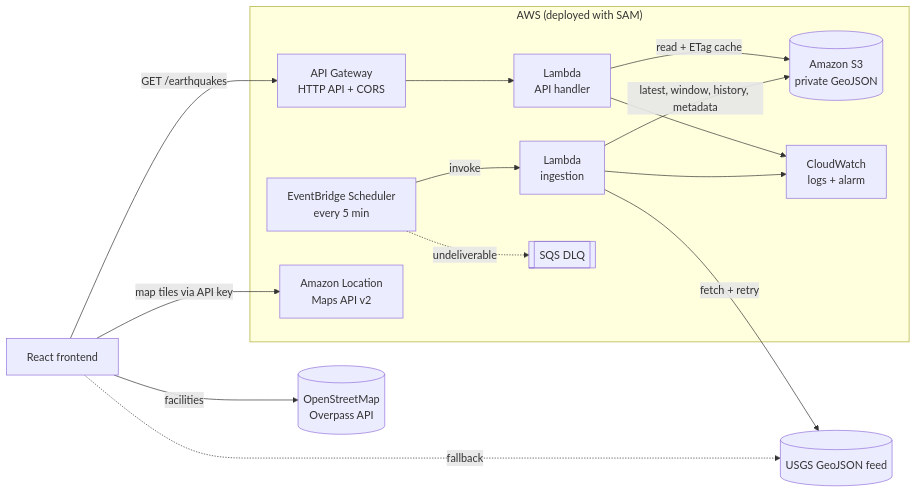
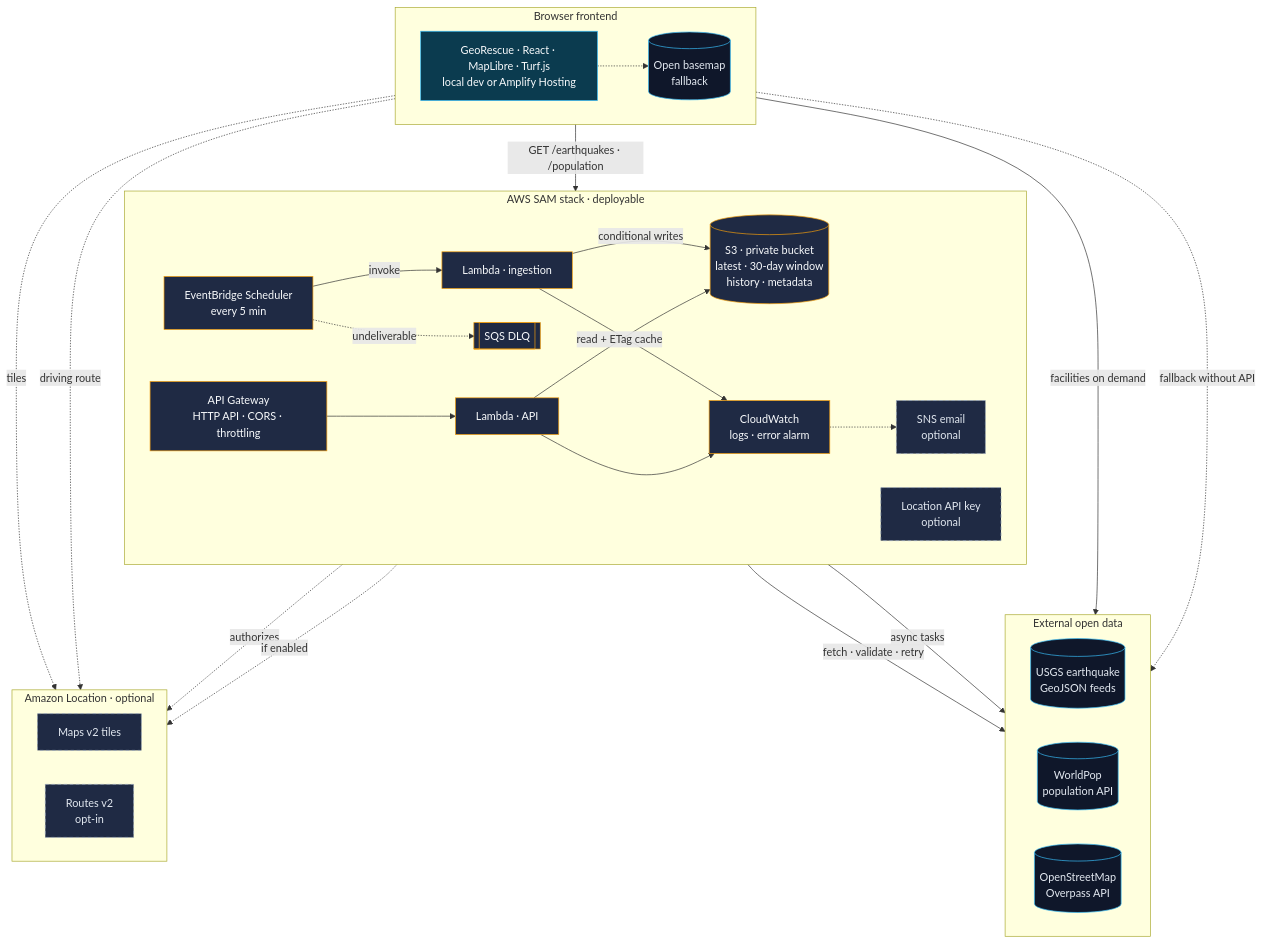
Before and after one commit to TanseerS/GeoRescue-Mapping-Disaster-Impact-and-Emergency-Response-Gaps: the diagram in README.md, drawn with Mermaid. The commit also changed other lines of this file and 16 other files, not shown here.

````diff
--- a/README.md
+++ b/README.md
@@ -33,28 +103,54 @@
 ```mermaid
-flowchart LR
-    USGS[(USGS GeoJSON feed)]
-    subgraph AWS["AWS (deployed with SAM)"]
-        SCH[EventBridge Scheduler<br/>every 5 min]
-        ING[Lambda<br/>ingestion]
-        S3[(Amazon S3<br/>private GeoJSON)]
-        API[Lambda<br/>API handler]
-        GW[API Gateway<br/>HTTP API + CORS]
-        CW[CloudWatch<br/>logs + alarm]
-        DLQ[[SQS DLQ]]
-        LOC[Amazon Location<br/>Maps API v2]
+flowchart TB
+    subgraph SOURCES["External open data"]
+        direction LR
+        USGS[("USGS earthquake<br/>GeoJSON feeds")]
+        WP[("WorldPop<br/>population API")]
+        OSM[("OpenStreetMap<br/>Overpass API")]
     end
-    APP[React frontend]
-    OSM[(OpenStreetMap<br/>Overpass API)]
 
-    SCH -->|invoke| ING
-    SCH -.->|undeliverable| DLQ
-    ING -->|fetch + retry| USGS
-    ING -->|latest, window, history, metadata| S3
-    API -->|read + ETag cache| S3
-    GW --> API
-    APP -->|GET /earthquakes| GW
-    APP -.->|fallback| USGS
-    APP -->|map tiles via API key| LOC
-    APP -->|facilities| OSM
-    ING & API --> CW
+    subgraph STACK["AWS SAM stack · deployable"]
+        direction LR
+        SCH["EventBridge Scheduler<br/>every 5 min"] -->|invoke| ING["Lambda · ingestion"]
+        SCH -.->|undeliverable| DLQ[["SQS DLQ"]]
+        ING -->|conditional writes| S3[("S3 · private bucket<br/>latest · 30-day window<br/>history · metadata")]
+        API["Lambda · API"] -->|read + ETag cache| S3
+        GW["API Gateway<br/>HTTP API · CORS · throttling"] --> API
+        ING --> CW["CloudWatch<br/>logs · error alarm"]
+        API --> CW
+        CW -.-> SNS["SNS email<br/>optional"]
+        KEY["Location API key<br/>optional"]
+    end
+
+    subgraph LOCATION["Amazon Location · optional"]
+        direction LR
+        MAPS["Maps v2 tiles"]
+        ROUTES["Routes v2<br/>opt-in"]
+    end
+
+    subgraph CLIENT["Browser frontend"]
+        direction LR
+        APP["GeoRescue · React · MapLibre · Turf.js<br/>local dev or Amplify Hosting"]
+        CARTO[("Open basemap<br/>fallback")]
+    end
+
+    ING -->|fetch · validate · retry| USGS
+    API -->|async tasks| WP
+    APP -->|"GET /earthquakes · /population"| GW
+    APP -->|facilities on demand| OSM
+    APP -.->|fallback without API| USGS
+    APP -.->|tiles| MAPS
+    APP -.->|driving route| ROUTES
+    APP -.-> CARTO
+    KEY -.->|authorizes| MAPS
+    KEY -.->|if enabled| ROUTES
+
+    classDef aws fill:#1f2a44,stroke:#f59e0b,color:#f8fafc
+    classDef optional fill:#1f2a44,stroke:#94a3b8,stroke-dasharray:5 4,color:#e2e8f0
+    classDef external fill:#0f172a,stroke:#38bdf8,color:#e2e8f0
+    classDef client fill:#0b3b4f,stroke:#38bdf8,color:#f8fafc
+    class SCH,DLQ,ING,S3,API,GW,CW aws
+    class SNS,KEY,MAPS,ROUTES optional
+    class USGS,OSM,WP,CARTO external
+    class APP client
 ```
````
